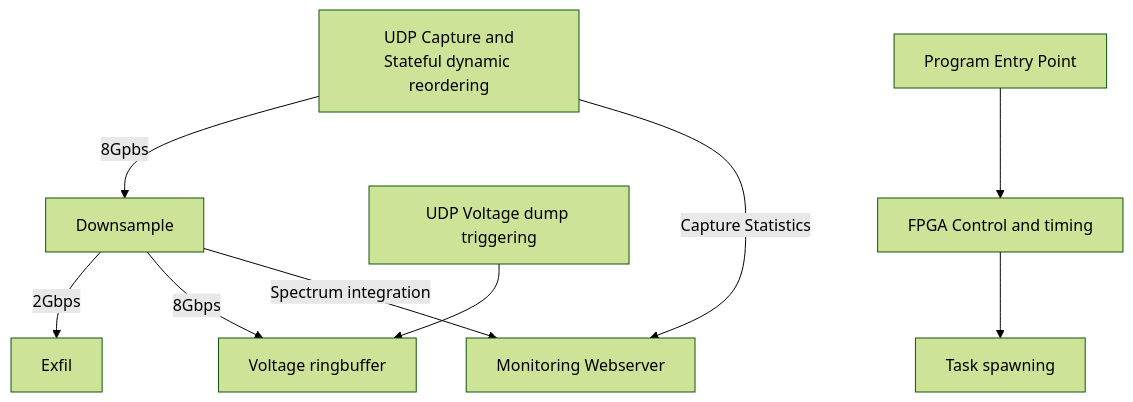
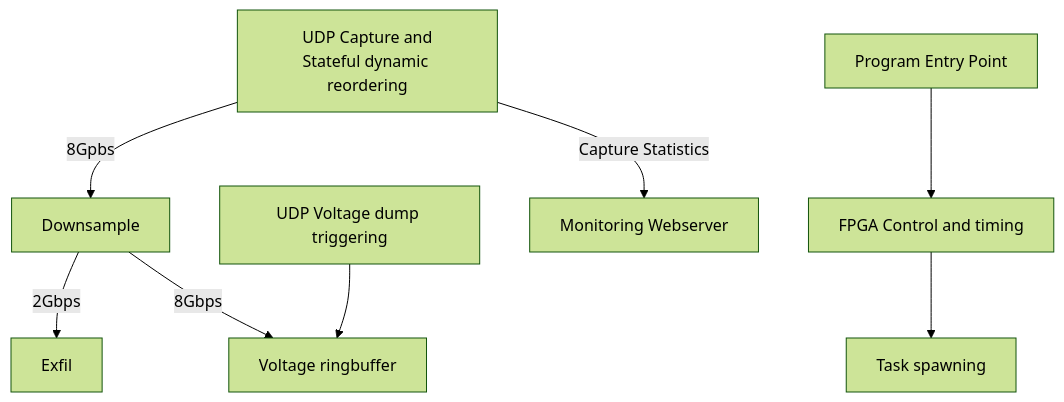
Before and after one commit to gemmahuai/GReX-T0: the diagram in README.md, drawn with Mermaid (forest theme).

````diff
--- a/README.md
+++ b/README.md
@@ -11,14 +11,13 @@
 ```mermaid
 graph TD
     A[UDP Capture and\nStateful dynamic reordering]
     A -->|8Gpbs| D[Downsample]
     D -->|2Gbps| F[Exfil]
     D -->|8Gbps| E[Voltage ringbuffer]
     G[UDP Voltage dump triggering] --> E
 
     A -->|Capture Statistics| K[Monitoring Webserver]
-    D -->|Spectrum integration| K
 
     H[Program Entry Point] --> I[FPGA Control and timing]
     I --> J[Task spawning]
 ```
````
